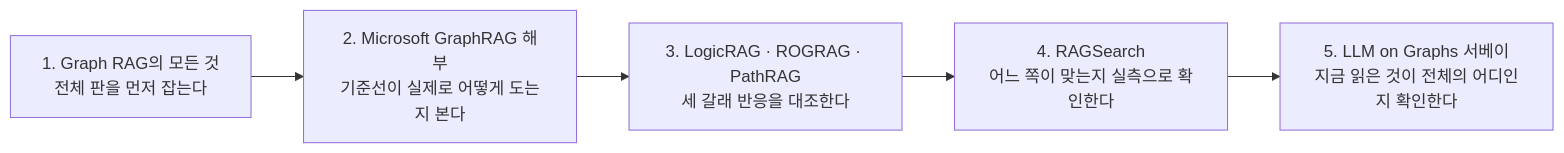
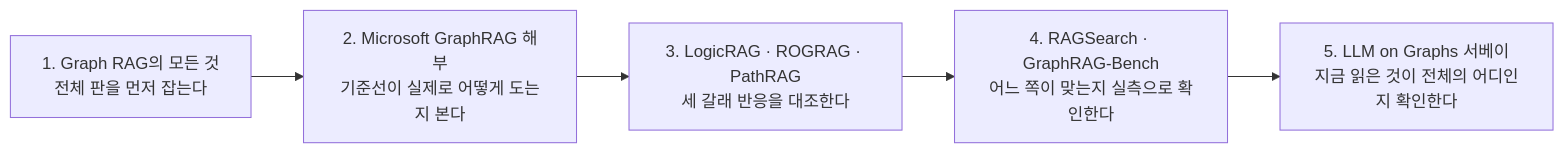
One commit to workdd/I_AM_ML_Engineer changed the third of 3 diagrams in readings/_maps/graphrag_지식지도.md. Above: the diagram before and after it, drawn with Mermaid. The commit also changed other lines of this file and 3 other files, not shown here.

First line of the commit message:
docs: GraphRAG-Bench(When to use Graphs in RAG) 논문 정리

````diff
--- a/readings/_maps/graphrag_지식지도.md
+++ b/readings/_maps/graphrag_지식지도.md
@@ -115,9 +119,9 @@
 ```mermaid
 flowchart LR
     A["1. Graph RAG의 모든 것<br/>전체 판을 먼저 잡는다"]
     B["2. Microsoft GraphRAG 해부<br/>기준선이 실제로 어떻게 도는지 본다"]
     C["3. LogicRAG · ROGRAG · PathRAG<br/>세 갈래 반응을 대조한다"]
-    E["4. RAGSearch<br/>어느 쪽이 맞는지 실측으로 확인한다"]
+    E["4. RAGSearch · GraphRAG-Bench<br/>어느 쪽이 맞는지 실측으로 확인한다"]
     D["5. LLM on Graphs 서베이<br/>지금 읽은 것이 전체의 어디인지 확인한다"]
     A --> B --> C --> E --> D
 ```
````
